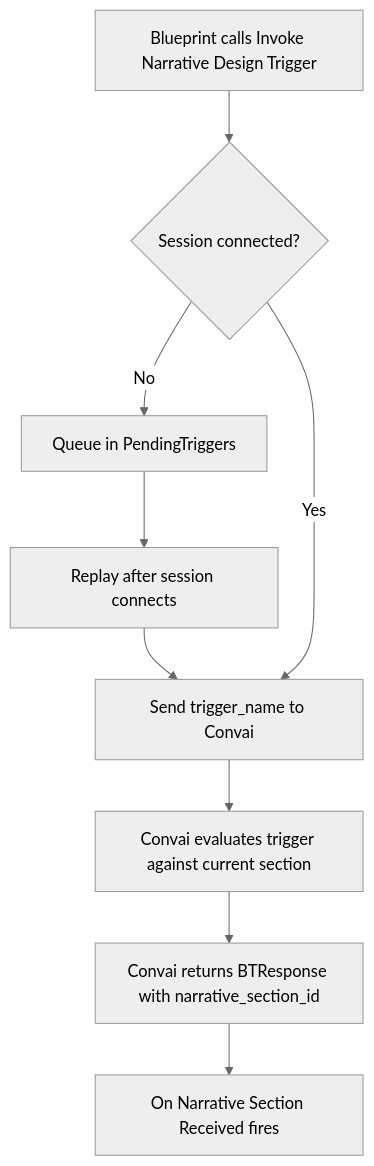
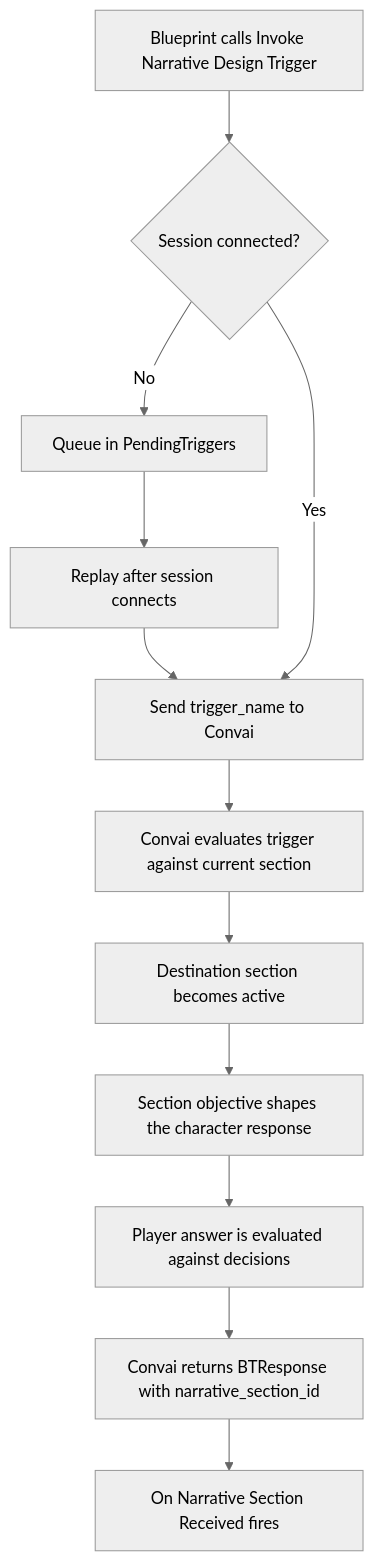
Before and after one commit to Conv-AI/Convai-Documentation: the diagram in plugins-and-integrations/convai-unreal-engine-plugin/features/narrative-design/how-narrative-design-works.md, drawn with Mermaid (neutral theme). The commit also changed other lines of this file and 2 other files, not shown here.

First line of the commit message:
docs(unreal): clarify narrative design flow and section handling

````diff
--- a/plugins-and-integrations/convai-unreal-engine-plugin/features/narrative-design/how-narrative-design-works.md
+++ b/plugins-and-integrations/convai-unreal-engine-plugin/features/narrative-design/how-narrative-design-works.md
@@ -33,11 +35,14 @@
 ```mermaid
 graph TD
     A["Blueprint calls Invoke Narrative Design Trigger"] --> B{"Session connected?"}
     B -->|No| C["Queue in PendingTriggers"]
     C --> D["Replay after session connects"]
     D --> E["Send trigger_name to Convai"]
     B -->|Yes| E
     E --> F["Convai evaluates trigger against current section"]
-    F --> G["Convai returns BTResponse with narrative_section_id"]
-    G --> H["On Narrative Section Received fires"]
+    F --> G["Destination section becomes active"]
+    G --> H["Section objective shapes the character response"]
+    H --> I["Player answer is evaluated against decisions"]
+    I --> J["Convai returns BTResponse with narrative_section_id"]
+    J --> K["On Narrative Section Received fires"]
 ```
````
